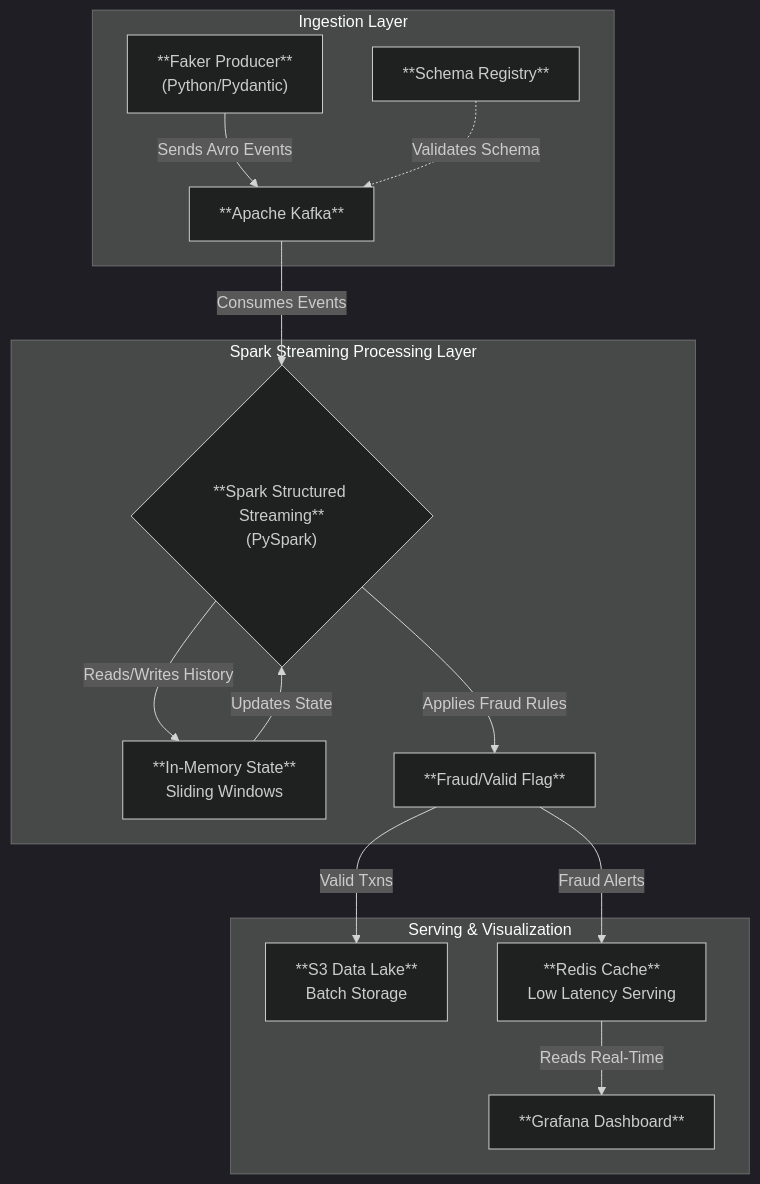
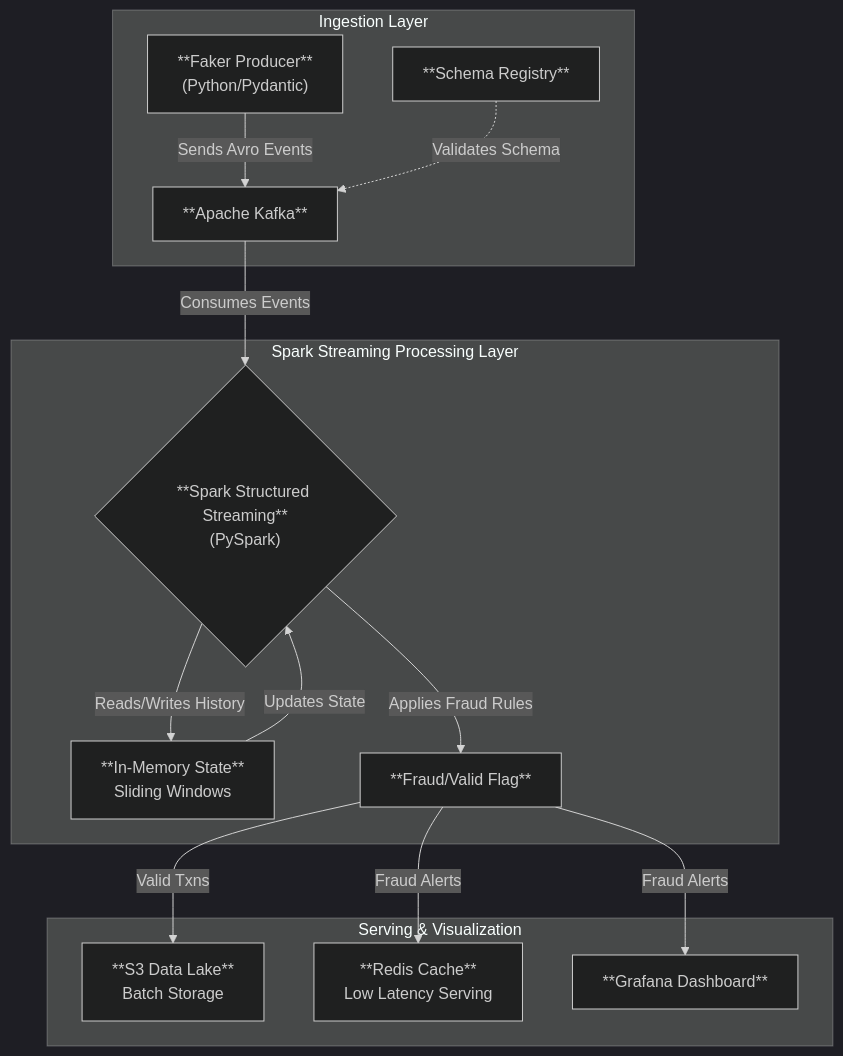
One commit to Ashmaawyy/Transaction-Guard changed the diagram in README.md. Above: the diagram before and after it, drawn with Mermaid (dark theme). The commit also changed other lines of this file, not shown here.

`````diff
--- a/README.md
+++ b/README.md
@@ -23,20 +23,20 @@
 ```mermaid
 graph TD
     subgraph IngestionLayer[Ingestion Layer]
         A["**Faker Producer**\n(Python/Pydantic)"] -->|Sends Avro Events| B["**Apache Kafka**"]
         SR["**Schema Registry**"] -.->|Validates Schema| B
     end
 
     subgraph ProcessingLayer[Spark Streaming Processing Layer]
         B -->|Consumes Events| C{"**Spark Structured Streaming**\n(PySpark)"}
         C -->|Reads/Writes History| S["**In-Memory State**\nSliding Windows"]
         S -->|Updates State| C
         C -->|Applies Fraud Rules| D["**Fraud/Valid Flag**"]
     end
 
     subgraph ServingLayer[Serving & Visualization]
         D -->|Valid Txns| E["**S3 Data Lake**\nBatch Storage"]
         D -->|Fraud Alerts| F["**Redis Cache**\nLow Latency Serving"]
-        F -->|Reads Real-Time| G["**Grafana Dashboard**"]
+        D -->|Fraud Alerts| G["**Grafana Dashboard**"]
     end
-```
+````
`````
